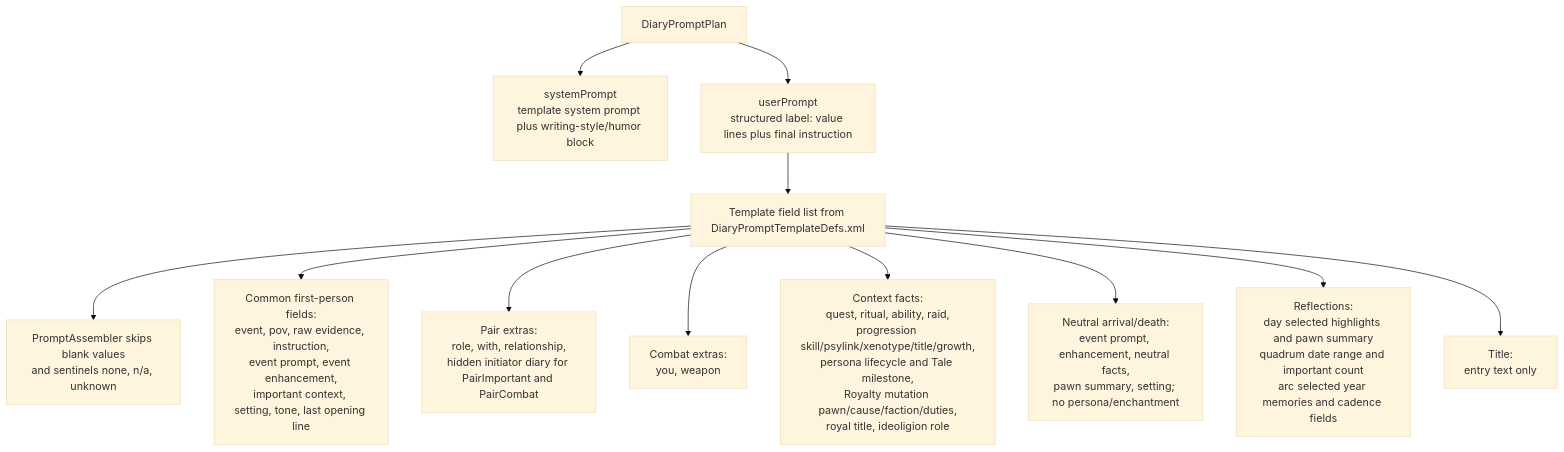
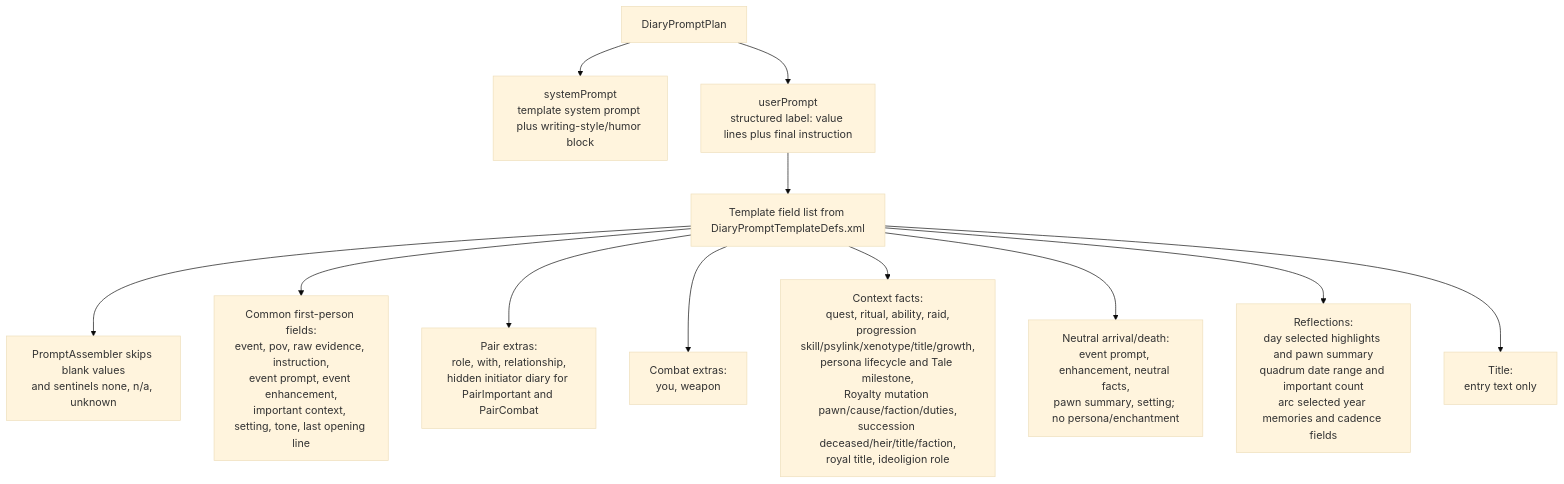
Before and after one commit to aimmlegate/PawnDiary: the sixth of 6 diagrams in EVENT_PROMPT_MAP.md, drawn with Mermaid (base theme). The commit also changed other lines of this file and 43 other files, not shown here.

Commit message:
Implement Royalty succession phase

````diff
--- a/EVENT_PROMPT_MAP.md
+++ b/EVENT_PROMPT_MAP.md
@@ -638,14 +647,14 @@
 ```mermaid
 flowchart TD
     Plan["DiaryPromptPlan"] --> System["systemPrompt<br/>template system prompt plus writing-style/humor block"]
     Plan --> User["userPrompt<br/>structured label: value lines plus final instruction"]
     User --> Fields["Template field list from DiaryPromptTemplateDefs.xml"]
     Fields --> Skip["PromptAssembler skips blank values<br/>and sentinels none, n/a, unknown"]
     Fields --> Common["Common first-person fields:<br/>event, pov, raw evidence, instruction,<br/>event prompt, event enhancement,<br/>important context, setting, tone, last opening line"]
     Fields --> PairFields["Pair extras:<br/>role, with, relationship,<br/>hidden initiator diary for PairImportant and PairCombat"]
     Fields --> CombatFields["Combat extras:<br/>you, weapon"]
-    Fields --> SourceFacts["Context facts:<br/>quest, ritual, ability, raid,<br/>progression skill/psylink/xenotype/title/growth,<br/>persona lifecycle and Tale milestone,<br/>Royalty mutation pawn/cause/faction/duties,<br/>royal title, ideoligion role"]
+    Fields --> SourceFacts["Context facts:<br/>quest, ritual, ability, raid,<br/>progression skill/psylink/xenotype/title/growth,<br/>persona lifecycle and Tale milestone,<br/>Royalty mutation pawn/cause/faction/duties,<br/>succession deceased/heir/title/faction,<br/>royal title, ideoligion role"]
     Fields --> Boundary["Neutral arrival/death:<br/>event prompt, enhancement, neutral facts,<br/>pawn summary, setting; no persona/enchantment"]
     Fields --> Reflection["Reflections:<br/>day selected highlights and pawn summary<br/>quadrum date range and important count<br/>arc selected year memories and cadence fields"]
     Fields --> Title["Title:<br/>entry text only"]
 ```
````
